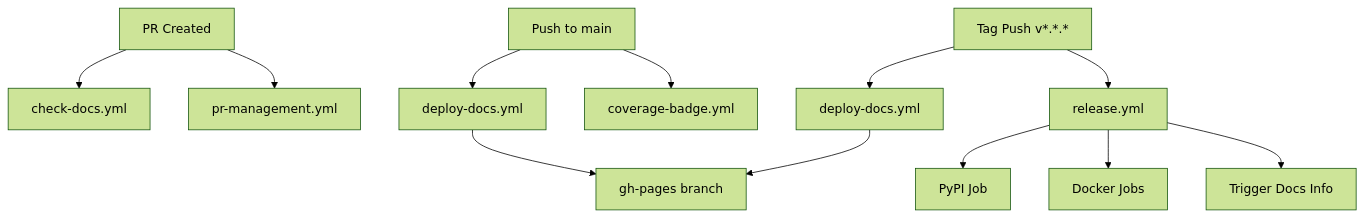
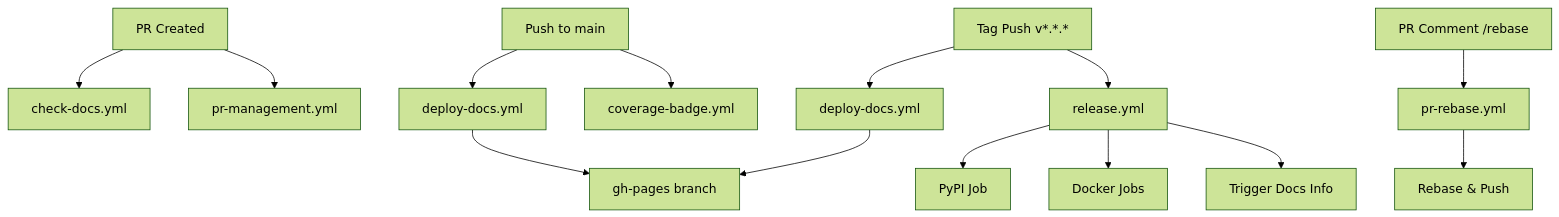
Before and after one commit to titom73/eos-downloader: the diagram in .github/workflows/README.md, drawn with Mermaid (forest theme). The commit also changed other lines of this file and 1 other file, not shown here.

Commit message:
feat(ci): add /rebase command for PR rebasing via comments

````diff
--- a/.github/workflows/README.md
+++ b/.github/workflows/README.md
@@ -136,18 +167,21 @@
 ```mermaid
 graph TD
     A[PR Created] --> B[check-docs.yml]
     A --> C[pr-management.yml]
 
     D[Push to main] --> E[deploy-docs.yml]
     D --> F[coverage-badge.yml]
 
     G[Tag Push v*.*.*] --> H[release.yml]
     G --> I[deploy-docs.yml]
 
     H --> J[PyPI Job]
     H --> K[Docker Jobs]
     H --> L[Trigger Docs Info]
 
     E --> M[gh-pages branch]
     I --> M
+
+    N[PR Comment /rebase] --> O[pr-rebase.yml]
+    O --> P[Rebase & Push]
 ```
````
